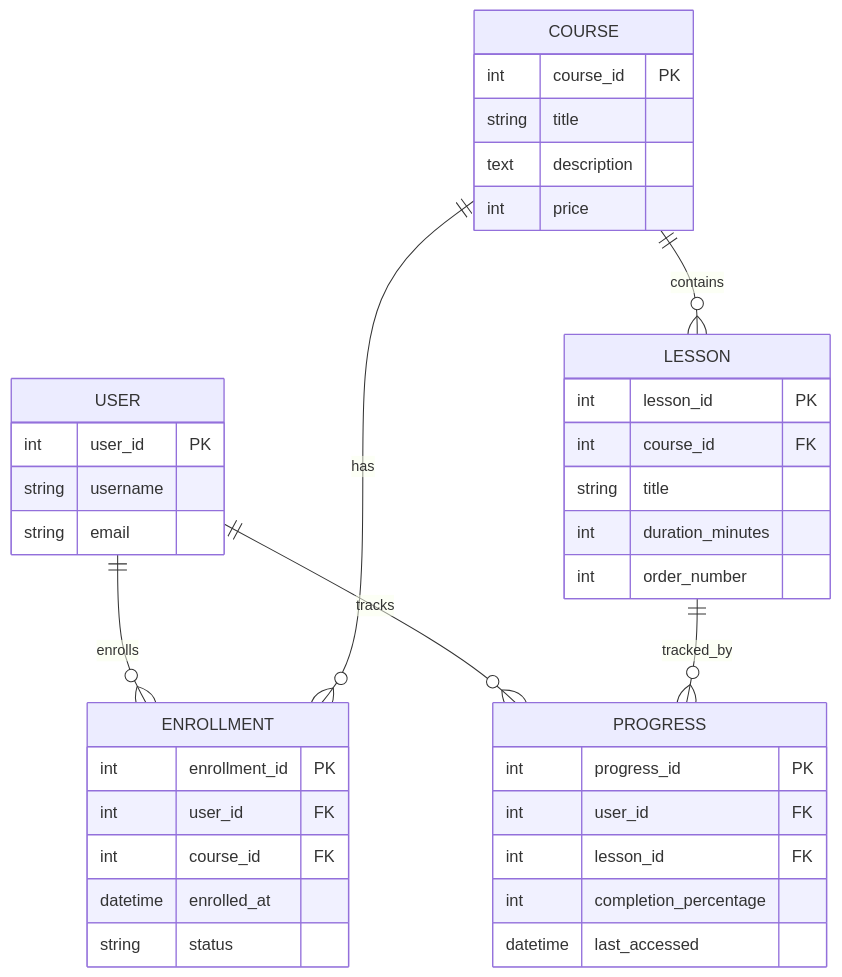
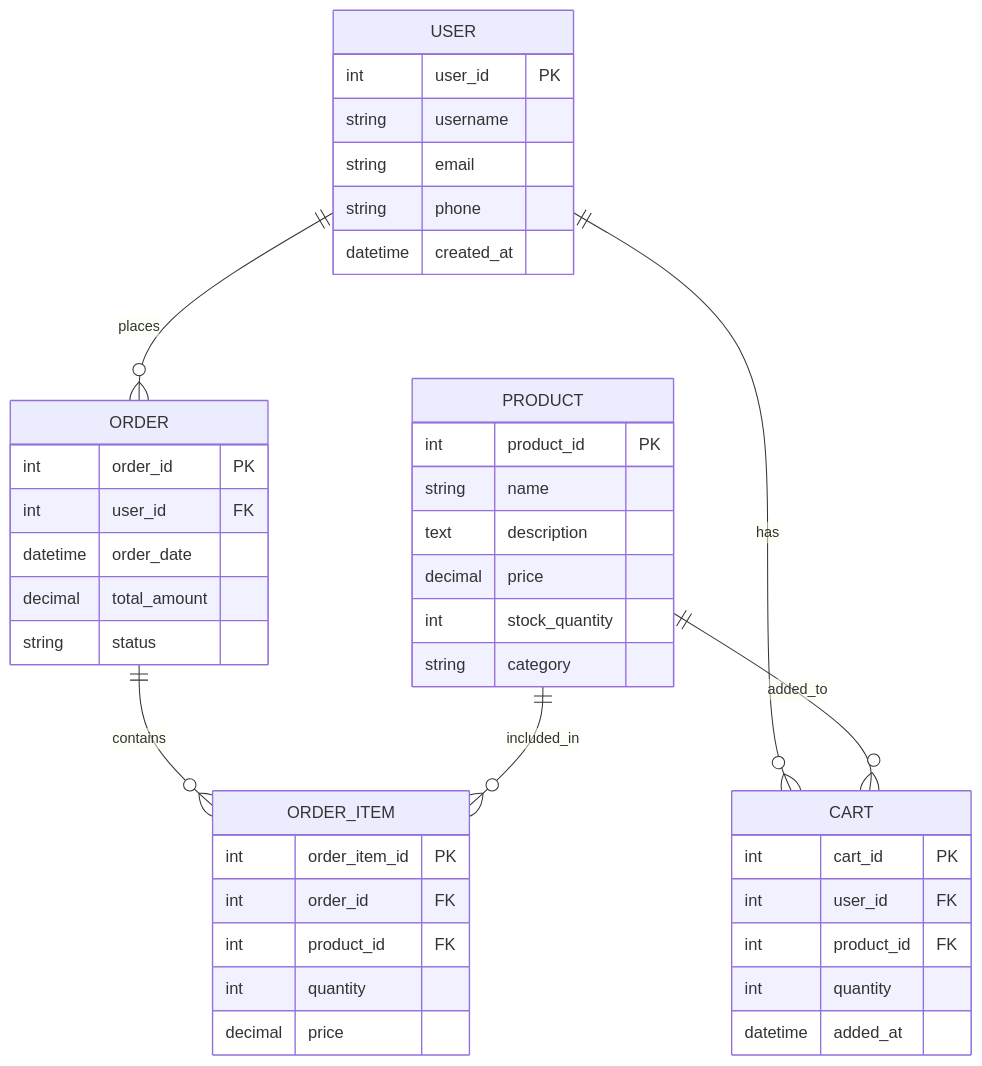
One commit to TakayukiStar/workPR changed the ninth of 27 diagrams in README.md. Above: the diagram before and after it, drawn with Mermaid. The commit also changed other lines of this file, not shown here.

````diff
--- a/README.md
+++ b/README.md
@@ -336,45 +179,49 @@
 ```mermaid
 erDiagram
     USER {
         int user_id PK
         string username
         string email
+        string phone
+        datetime created_at
     }
     
-    COURSE {
-        int course_id PK
-        string title
+    PRODUCT {
+        int product_id PK
+        string name
         text description
-        int price
+        decimal price
+        int stock_quantity
+        string category
     }
     
-    ENROLLMENT {
-        int enrollment_id PK
+    ORDER {
+        int order_id PK
         int user_id FK
-        int course_id FK
-        datetime enrolled_at
+        datetime order_date
+        decimal total_amount
         string status
     }
     
-    LESSON {
-        int lesson_id PK
-        int course_id FK
-        string title
-        int duration_minutes
-        int order_number
+    ORDER_ITEM {
+        int order_item_id PK
+        int order_id FK
+        int product_id FK
+        int quantity
+        decimal price
     }
     
-    PROGRESS {
-        int progress_id PK
+    CART {
+        int cart_id PK
         int user_id FK
-        int lesson_id FK
-        int completion_percentage
-        datetime last_accessed
+        int product_id FK
+        int quantity
+        datetime added_at
     }
     
-    USER ||--o{ ENROLLMENT : enrolls
-    COURSE ||--o{ ENROLLMENT : has
-    COURSE ||--o{ LESSON : contains
-    USER ||--o{ PROGRESS : tracks
-    LESSON ||--o{ PROGRESS : tracked_by
+    USER ||--o{ ORDER : places
+    USER ||--o{ CART : has
+    ORDER ||--o{ ORDER_ITEM : contains
+    PRODUCT ||--o{ ORDER_ITEM : included_in
+    PRODUCT ||--o{ CART : added_to
 ```
````
